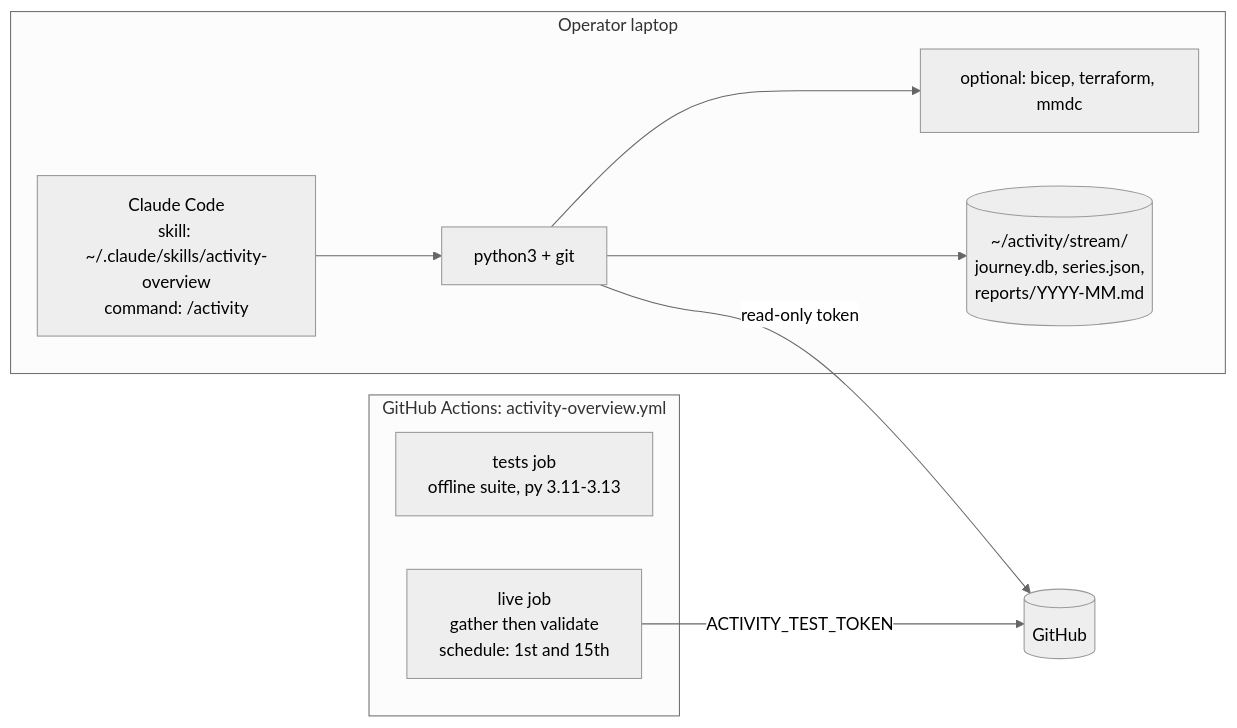
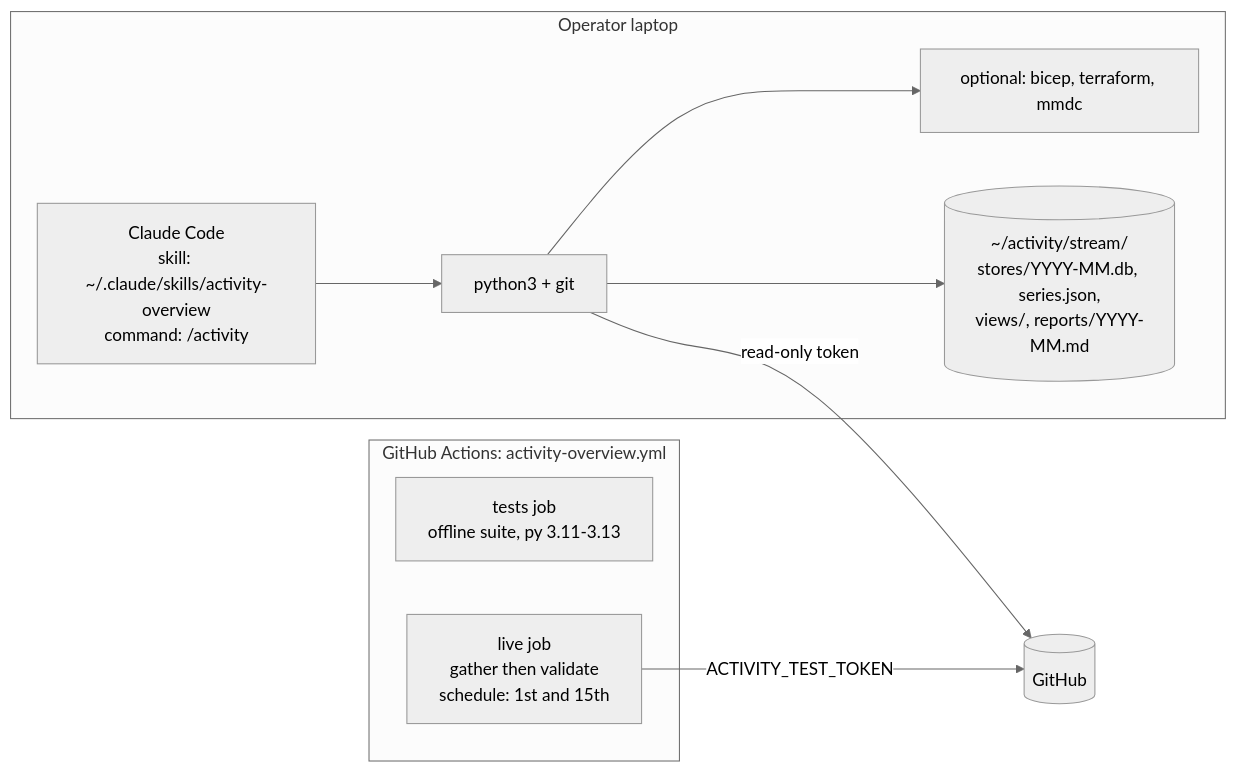
Before and after one commit to DamianFlynn/experiments: the fifth of 8 diagrams in .claude/skills/activity-overview/docs/HLD.md, drawn with Mermaid (neutral theme). The commit also changed other lines of this file and 2 other files, not shown here.

First line of the commit message:
activity-overview docs: address review — single-window stores per installment

````diff
--- a/.claude/skills/activity-overview/docs/HLD.md
+++ b/.claude/skills/activity-overview/docs/HLD.md
@@ -244,18 +246,18 @@
 ```mermaid
 flowchart LR
   subgraph laptop["Operator laptop"]
     cc["Claude Code<br/>skill: ~/.claude/skills/activity-overview<br/>command: /activity"]
     py["python3 + git"]
     opt["optional: bicep, terraform, mmdc"]
-    ws[("~/activity/stream/<br/>journey.db, series.json,<br/>reports/YYYY-MM.md")]
+    ws[("~/activity/stream/<br/>stores/YYYY-MM.db, series.json,<br/>views/, reports/YYYY-MM.md")]
     cc --> py --> ws
     py --> opt
   end
   subgraph ci["GitHub Actions: activity-overview.yml"]
     t["tests job<br/>offline suite, py 3.11-3.13"]
     lv["live job<br/>gather then validate<br/>schedule: 1st and 15th"]
   end
   gh[("GitHub")]
   py -->|read-only token| gh
   lv -->|ACTIVITY_TEST_TOKEN| gh
 ```
````
